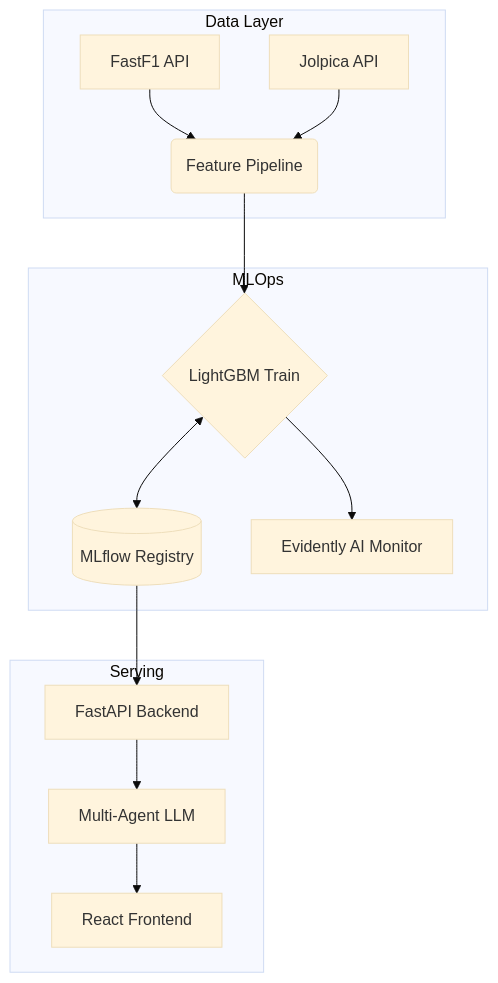
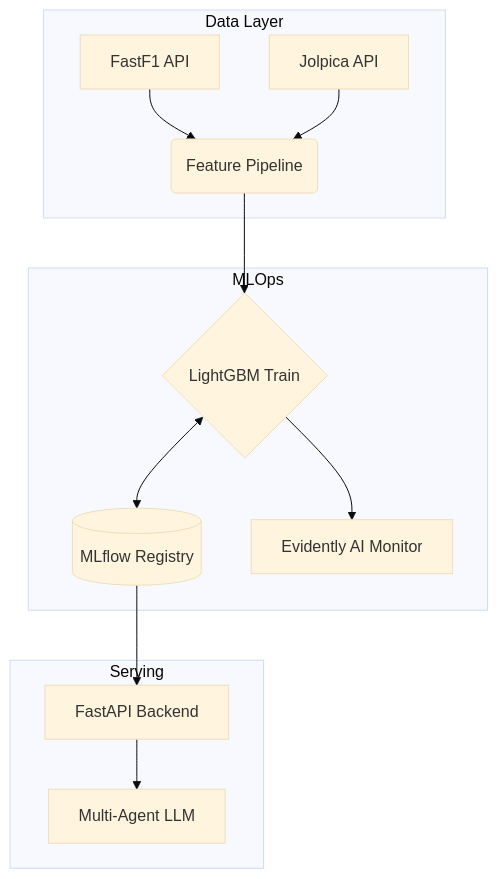
The diagram in README.md (prats010/kronector), drawn with Mermaid (base theme) before and after one commit. The commit also changed other lines of this file and 54 other files, not shown here.

````diff
--- a/README.md
+++ b/README.md
@@ -74,19 +80,18 @@
 ```mermaid
 graph TD
     subgraph Data Layer
         A[FastF1 API] --> C(Feature Pipeline)
         B[Jolpica API] --> C
     end
     
     subgraph MLOps
         C --> D{LightGBM Train}
         D <--> E[(MLflow Registry)]
         D --> F[Evidently AI Monitor]
     end
     
     subgraph Serving
         E --> G[FastAPI Backend]
         G --> H[Multi-Agent LLM]
-        H --> I[React Frontend]
     end
 ```
````
